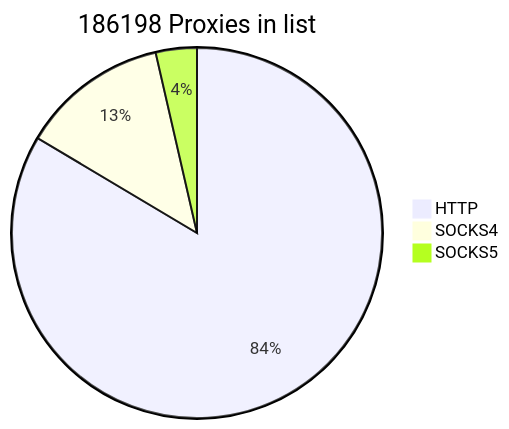
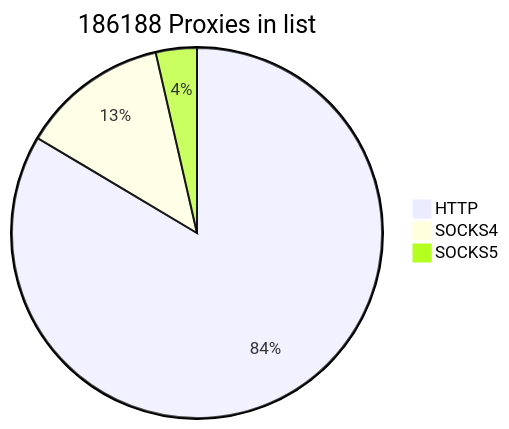
Before and after one commit to cutipu/proxylist: the first of 2 diagrams in README.md, drawn with Mermaid. The commit also changed other lines of this file, not shown here.

````diff
--- a/README.md
+++ b/README.md
@@ -2,7 +2,7 @@
 ```mermaid
-pie title 186198 Proxies in list
+pie title 186188 Proxies in list
     "HTTP" : 155566
     "SOCKS4" : 23953
-    "SOCKS5" : 6679
+    "SOCKS5" : 6669
             
 ```
````
